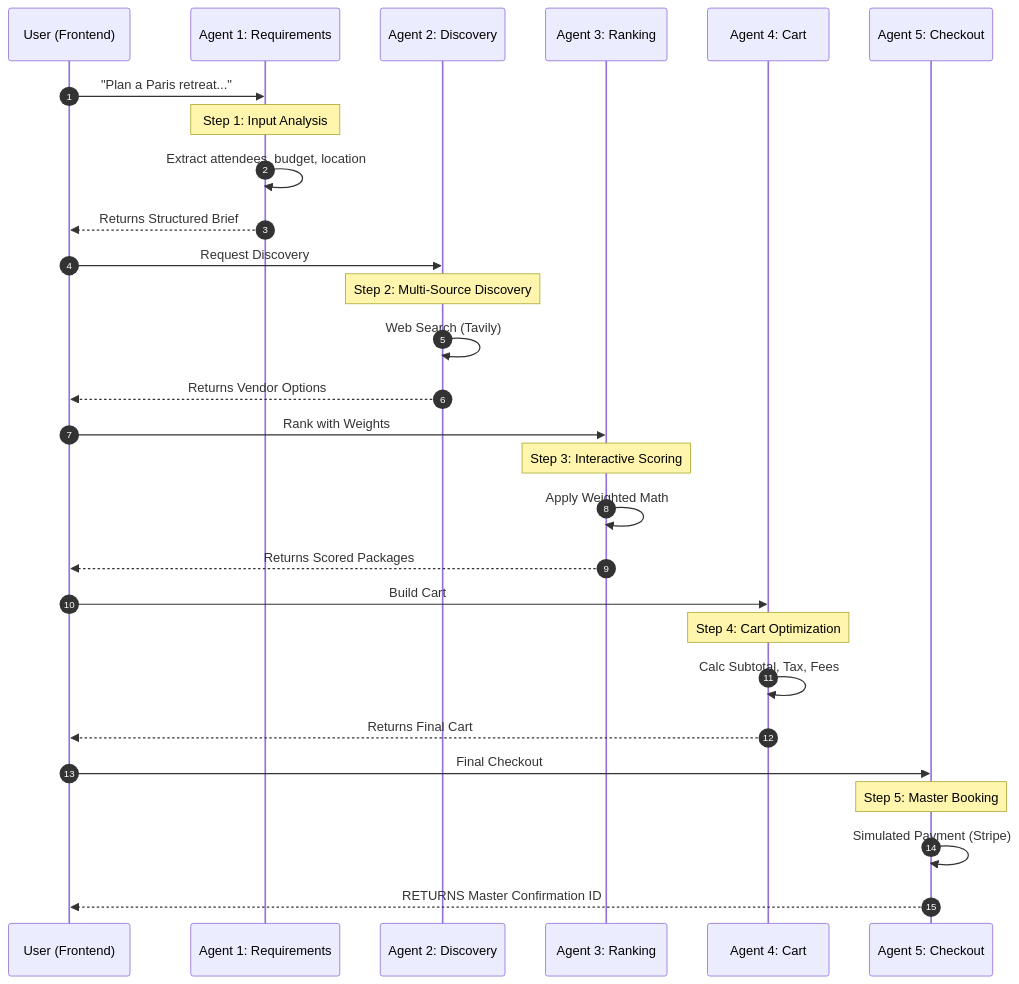
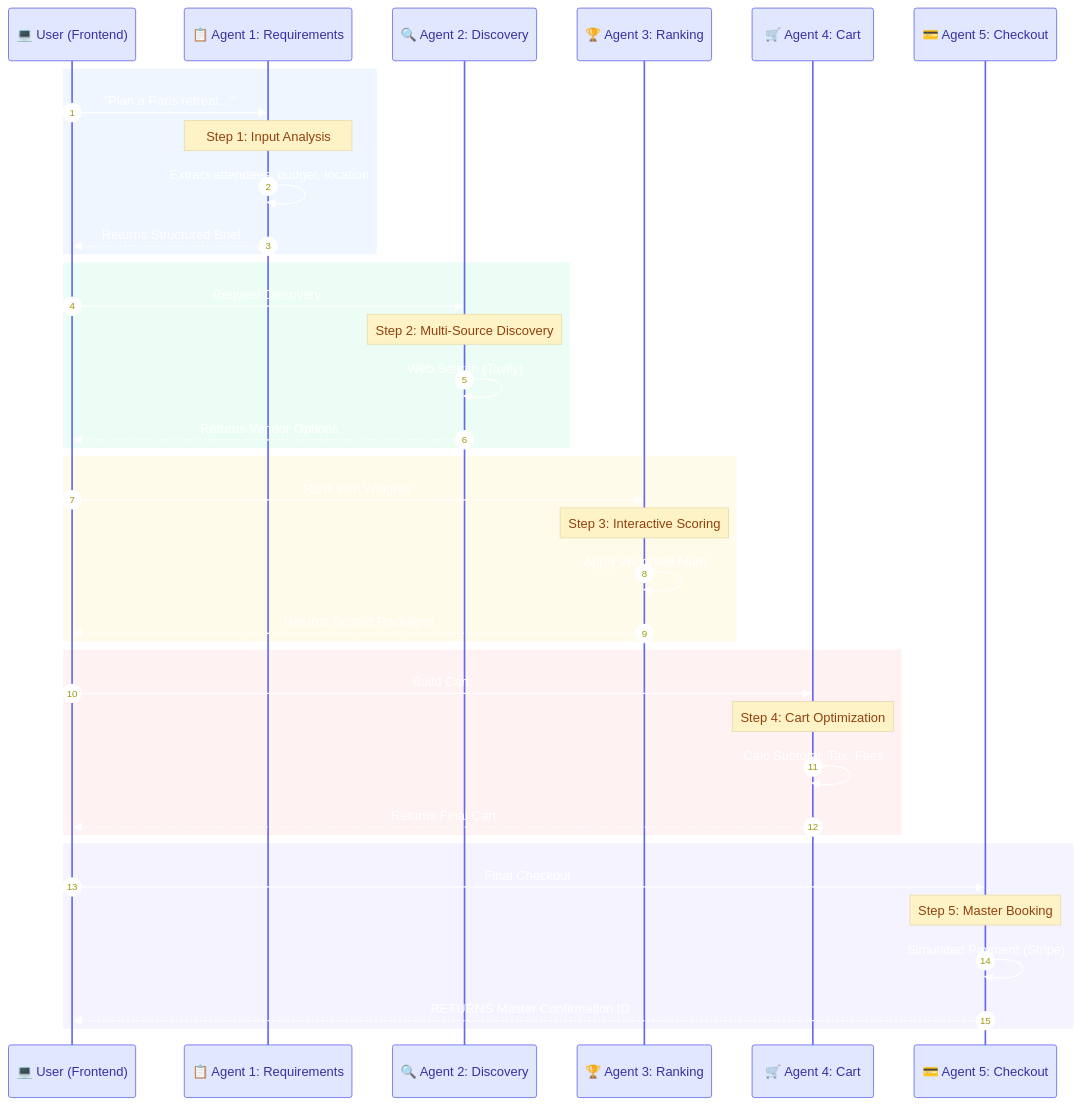
The first of 2 diagrams in README.md (MananCoder29/Hack-Nation-Hackathon-2k26), drawn with Mermaid before and after one commit. The commit also changed other lines of this file, not shown here.

````diff
--- a/README.md
+++ b/README.md
@@ -220,35 +221,46 @@
 ```mermaid
+%%{init: {'theme': 'base', 'themeVariables': { 'primaryColor': '#4F46E5', 'primaryTextColor': '#fff', 'primaryBorderColor': '#4338CA', 'lineColor': '#6366F1', 'secondaryColor': '#10B981', 'tertiaryColor': '#F59E0B', 'noteBkgColor': '#FEF3C7', 'noteTextColor': '#92400E', 'actorBkg': '#E0E7FF', 'actorTextColor': '#3730A3', 'actorBorder': '#6366F1'}}}%%
 sequenceDiagram
     autonumber
-    participant User as User (Frontend)
-    participant A1 as Agent 1: Requirements
-    participant A2 as Agent 2: Discovery
-    participant A3 as Agent 3: Ranking
-    participant A4 as Agent 4: Cart
-    participant A5 as Agent 5: Checkout
+    participant User as 💻 User (Frontend)
+    participant A1 as 📋 Agent 1: Requirements
+    participant A2 as 🔍 Agent 2: Discovery
+    participant A3 as 🏆 Agent 3: Ranking
+    participant A4 as 🛒 Agent 4: Cart
+    participant A5 as 💳 Agent 5: Checkout
 
-    User->>A1: "Plan a Paris retreat..."
-    Note over A1: Step 1: Input Analysis
-    A1->>A1: Extract attendees, budget, location
-    A1-->>User: Returns Structured Brief
+    rect rgb(239, 246, 255)
+        User->>A1: "Plan a Paris retreat..."
+        Note over A1: Step 1: Input Analysis
+        A1->>A1: Extract attendees, budget, location
+        A1-->>User: Returns Structured Brief
+    end
 
-    User->>A2: Request Discovery
-    Note over A2: Step 2: Multi-Source Discovery
-    A2->>A2: Web Search (Tavily)
-    A2-->>User: Returns Vendor Options
+    rect rgb(236, 253, 245)
+        User->>A2: Request Discovery
+        Note over A2: Step 2: Multi-Source Discovery
+        A2->>A2: Web Search (Tavily)
+        A2-->>User: Returns Vendor Options
+    end
 
-    User->>A3: Rank with Weights
-    Note over A3: Step 3: Interactive Scoring
-    A3->>A3: Apply Weighted Math
-    A3-->>User: Returns Scored Packages
+    rect rgb(255, 251, 235)
+        User->>A3: Rank with Weights
+        Note over A3: Step 3: Interactive Scoring
+        A3->>A3: Apply Weighted Math
+        A3-->>User: Returns Scored Packages
+    end
 
-    User->>A4: Build Cart
-    Note over A4: Step 4: Cart Optimization
-    A4->>A4: Calc Subtotal, Tax, Fees
-    A4-->>User: Returns Final Cart
+    rect rgb(254, 242, 242)
+        User->>A4: Build Cart
+        Note over A4: Step 4: Cart Optimization
+        A4->>A4: Calc Subtotal, Tax, Fees
+        A4-->>User: Returns Final Cart
+    end
 
-    User->>A5: Final Checkout
-    Note over A5: Step 5: Master Booking
-    A5->>A5: Simulated Payment (Stripe)
-    A5-->>User: RETURNS Master Confirmation ID
+    rect rgb(245, 243, 255)
+        User->>A5: Final Checkout
+        Note over A5: Step 5: Master Booking
+        A5->>A5: Simulated Payment (Stripe)
+        A5-->>User: RETURNS Master Confirmation ID
+    end
 ```
````
